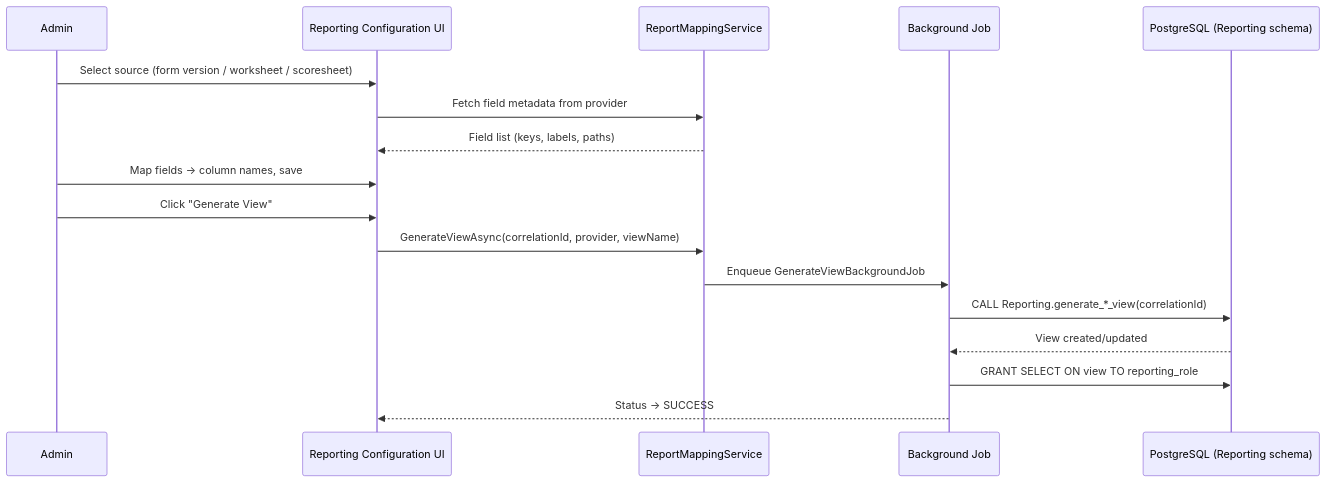
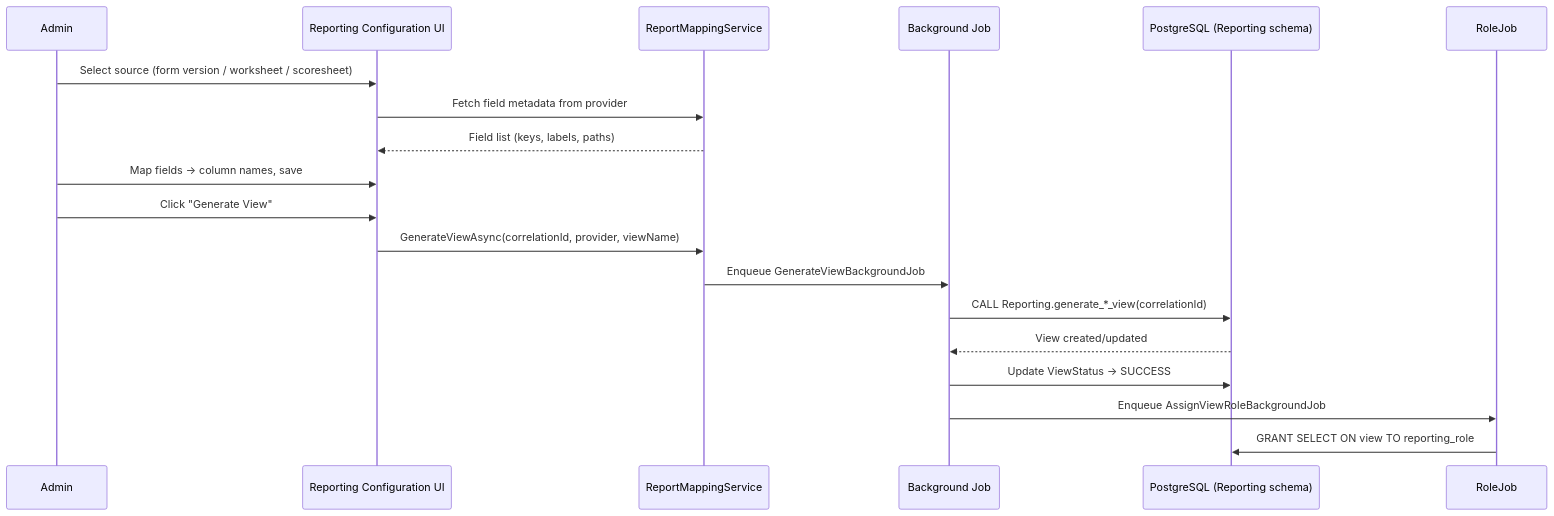
Before and after one commit to bcgov/Unity: the second of 5 diagrams in documentation/reporting/reporting-architecture.md, drawn with Mermaid. The commit also changed 5 other files, not shown here.

````diff
--- a/documentation/reporting/reporting-architecture.md
+++ b/documentation/reporting/reporting-architecture.md
@@ -82,20 +82,21 @@
 ```mermaid
 sequenceDiagram
     participant Admin
     participant Config as Reporting Configuration UI
     participant Service as ReportMappingService
     participant Job as Background Job
     participant DB as PostgreSQL (Reporting schema)
 
     Admin->>Config: Select source (form version / worksheet / scoresheet)
     Config->>Service: Fetch field metadata from provider
     Service-->>Config: Field list (keys, labels, paths)
     Admin->>Config: Map fields → column names, save
     Admin->>Config: Click "Generate View"
     Config->>Service: GenerateViewAsync(correlationId, provider, viewName)
     Service->>Job: Enqueue GenerateViewBackgroundJob
     Job->>DB: CALL Reporting.generate_*_view(correlationId)
     DB-->>Job: View created/updated
-    Job->>DB: GRANT SELECT ON view TO reporting_role
-    Job-->>Config: Status → SUCCESS
+    Job->>DB: Update ViewStatus → SUCCESS
+    Job->>RoleJob: Enqueue AssignViewRoleBackgroundJob
+    RoleJob->>DB: GRANT SELECT ON view TO reporting_role
 ```
````
